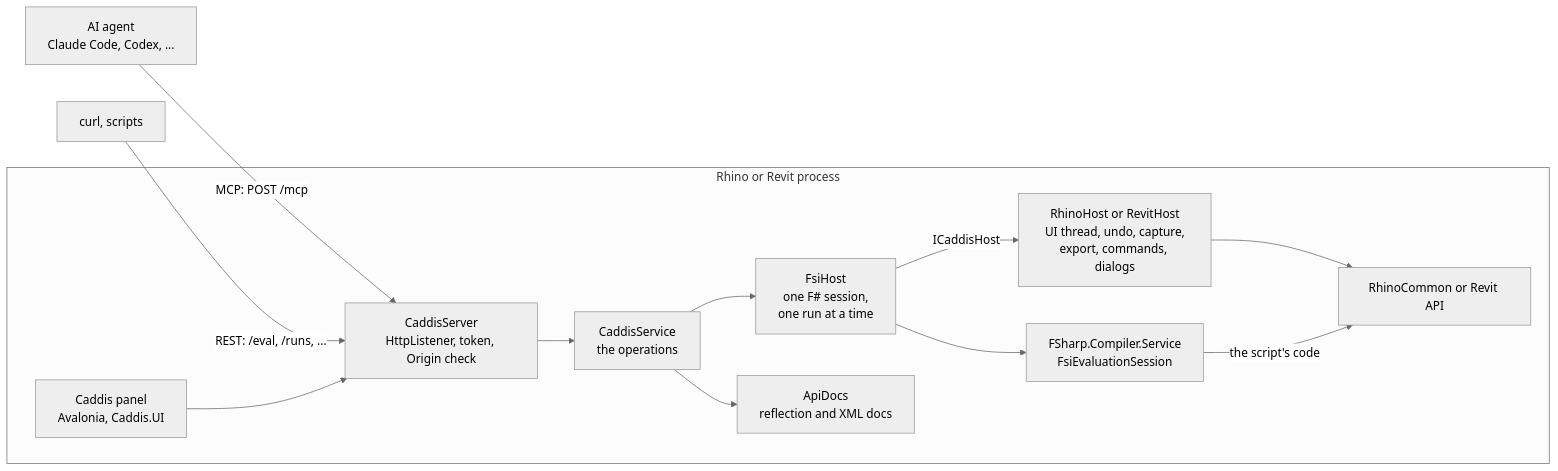
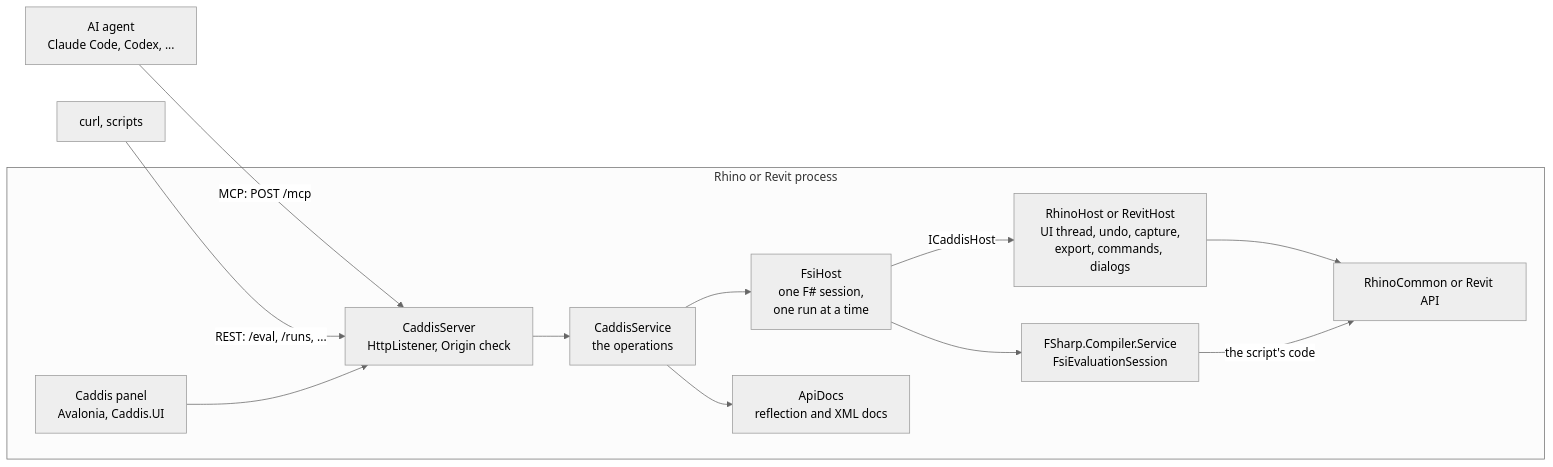
Before and after one commit to goswinr/Caddis: the first of 3 diagrams in Architecture.md, drawn with Mermaid (neutral theme). The commit also changed other lines of this file and 25 other files, not shown here.

Commit message:
Remove the token and LAN mode: Caddis listens on localhost only and requests need no Authorization header

````diff
--- a/Architecture.md
+++ b/Architecture.md
@@ -39,15 +39,15 @@
 ```mermaid
 flowchart LR
     agent["AI agent<br/>Claude Code, Codex, ..."] -- "MCP: POST /mcp" --> server
     client["curl, scripts"] -- "REST: /eval, /runs, ..." --> server
     subgraph app["Rhino or Revit process"]
-        server["CaddisServer<br/>HttpListener, token, Origin check"] --> service["CaddisService<br/>the operations"]
+        server["CaddisServer<br/>HttpListener, Origin check"] --> service["CaddisService<br/>the operations"]
         service --> fsi["FsiHost<br/>one F# session,<br/>one run at a time"]
         service --> docs["ApiDocs<br/>reflection and XML docs"]
         fsi --> fcs["FSharp.Compiler.Service<br/>FsiEvaluationSession"]
         fsi -- "ICaddisHost" --> host["RhinoHost or RevitHost<br/>UI thread, undo, capture,<br/>export, commands, dialogs"]
         host --> api["RhinoCommon or Revit API"]
         fcs -- "the script's code" --> api
         panel["Caddis panel<br/>Avalonia, Caddis.UI"] --> server
     end
 ```
````
